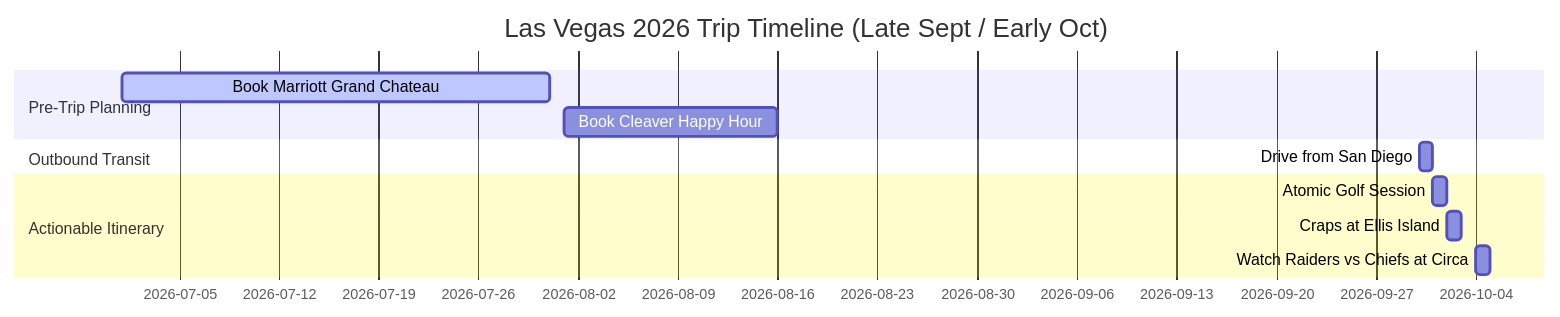
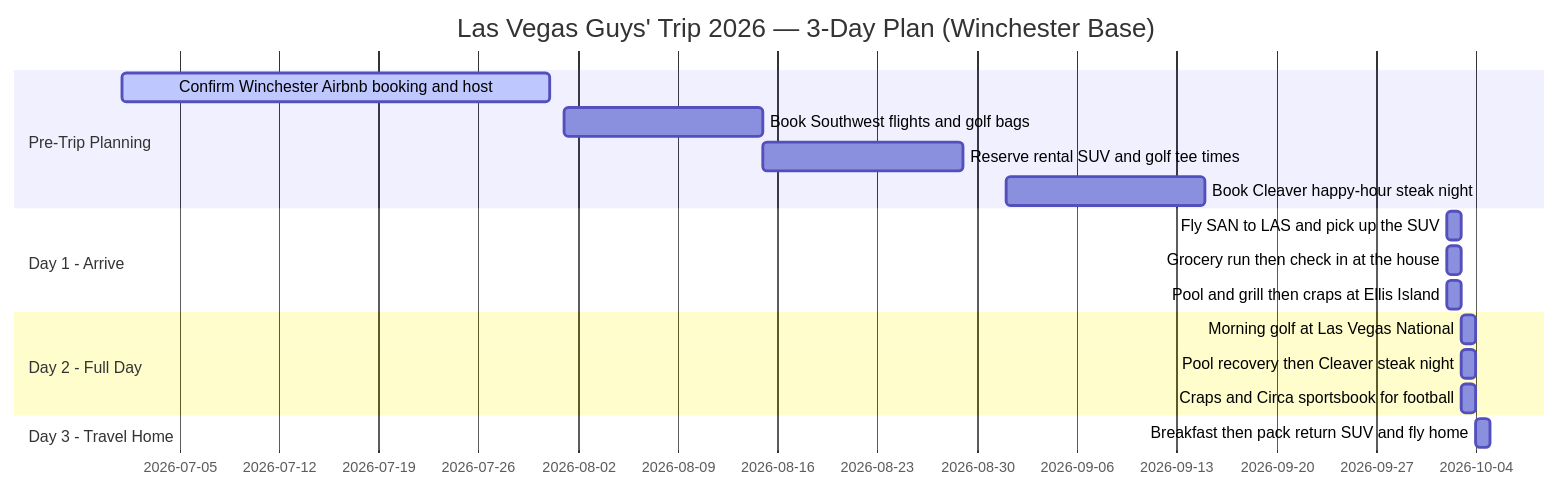
One commit to senderic/senderic.github.io changed the diagram in vegas-fall-2026/index.md. Above: the diagram before and after it, drawn with Mermaid. The commit also changed other lines of this file, not shown here.

First line of the commit message:
Update Vegas fall 2026 plan: Winchester Airbnb, 3-day fly-in itinerary

````diff
--- a/vegas-fall-2026/index.md
+++ b/vegas-fall-2026/index.md
@@ -208,15 +323,21 @@
 ```mermaid
 gantt
-    title Las Vegas 2026 Trip Timeline (Late Sept / Early Oct)  
-    dateFormat  YYYY-MM-DD  
-    section Pre-Trip Planning  
-    Book Marriott Grand Chateau :active, 2026-07-01, 30d  
-    Book Cleaver Happy Hour :2026-08-01, 15d  
-    section Outbound Transit  
-    Drive from San Diego :2026-09-30, 1d  
-    section Actionable Itinerary  
-    Atomic Golf Session :2026-10-01, 1d  
-    Craps at Ellis Island :2026-10-02, 1d  
-    Watch Raiders vs Chiefs at Circa :2026-10-04, 1d
+    title Las Vegas Guys' Trip 2026 — 3-Day Plan (Winchester Base)
+    dateFormat  YYYY-MM-DD
+    section Pre-Trip Planning
+    Confirm Winchester Airbnb booking and host :active, 2026-07-01, 30d
+    Book Southwest flights and golf bags :2026-08-01, 14d
+    Reserve rental SUV and golf tee times :2026-08-15, 14d
+    Book Cleaver happy-hour steak night :2026-09-01, 14d
+    section Day 1 - Arrive
+    Fly SAN to LAS and pick up the SUV :2026-10-02, 1d
+    Grocery run then check in at the house :2026-10-02, 1d
+    Pool and grill then craps at Ellis Island :2026-10-02, 1d
+    section Day 2 - Full Day
+    Morning golf at Las Vegas National :2026-10-03, 1d
+    Pool recovery then Cleaver steak night :2026-10-03, 1d
+    Craps and Circa sportsbook for football :2026-10-03, 1d
+    section Day 3 - Travel Home
+    Breakfast then pack return SUV and fly home :2026-10-04, 1d
 
 ```
````
